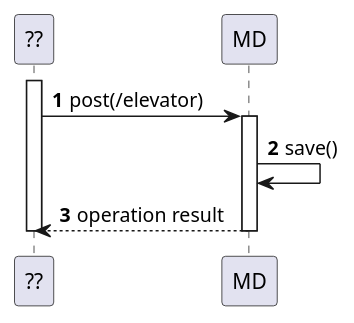
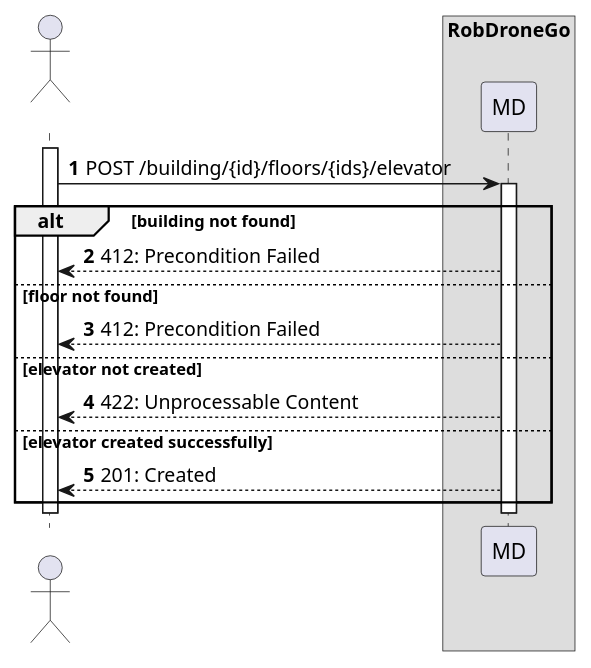
The diagram in docs/us270/level2/process-view.puml (Departamento-de-Engenharia-Informatica/lapr5-23-24-g19), drawn with PlantUML before and after one commit. The commit also changed other lines of this file, not shown here.

Commit message:
docs(us270): lvl2 process view

```diff
--- a/docs/us270/level2/process-view.puml
+++ b/docs/us270/level2/process-view.puml
@@ -1,17 +1,26 @@
 @startuml
 autonumber
 
-participant "??" as ui
+actor " " as actor
+box "RobDroneGo"
 participant "MD" as mdr
 
-activate ui
+activate actor
+    actor -> mdr: POST /building/{id}/floors/{ids}/elevator
 
-ui -> mdr: post(/elevator)
-activate mdr
-    mdr -> mdr: save()
-    mdr --> ui: operation result
-deactivate mdr
+    activate mdr
+    alt building not found
+        mdr --> actor : 412: Precondition Failed
+    else floor not found
+        mdr --> actor : 412: Precondition Failed
+    else elevator not created
+        mdr --> actor : 422: Unprocessable Content
+    else elevator created successfully
+        mdr --> actor : 201: Created
 
-deactivate ui
+    end
+    deactivate mdr
+deactivate actor
+
 
 @enduml
```
